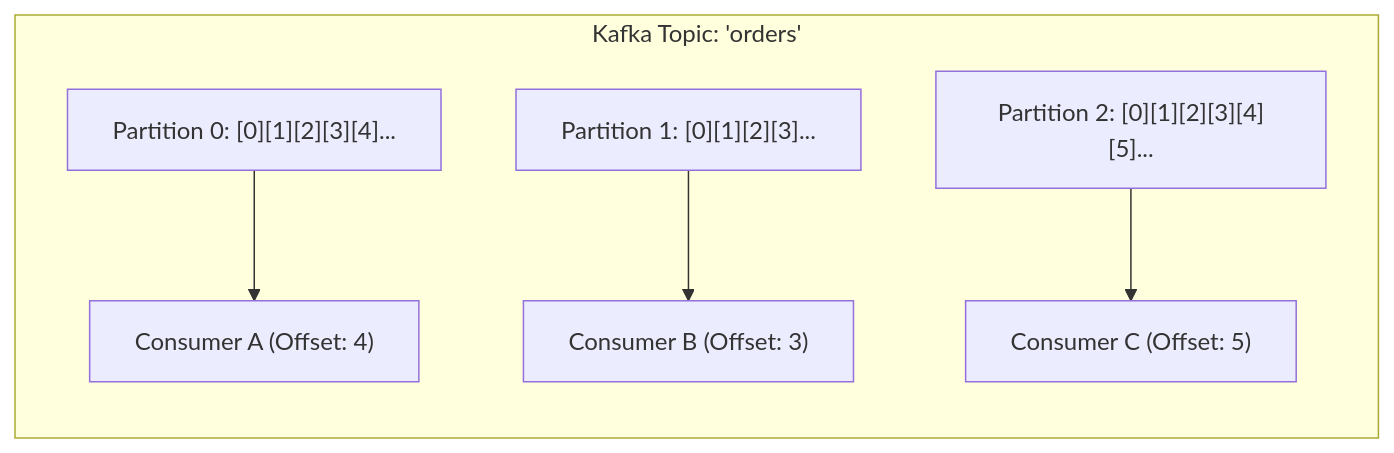
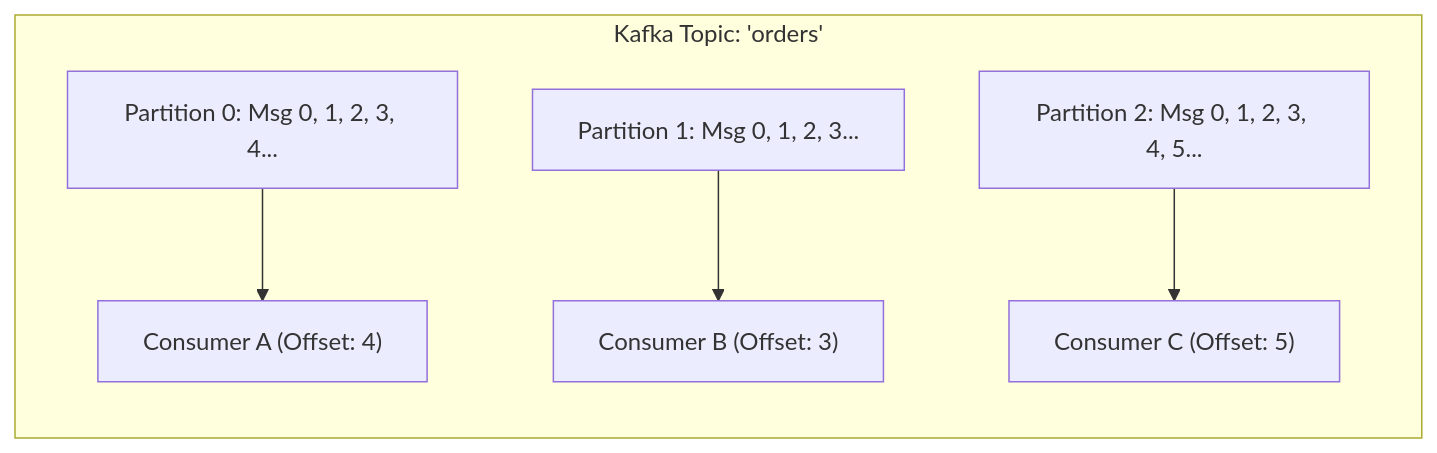
Before and after one commit to Sourav108/strivers-lld: the second of 4 diagrams in strivers-hld/08-Messaging-and-Event-Driven-Systems/README.md, drawn with Mermaid. The commit also changed 5 other files, not shown here.

Commit message:
fix(mermaid): sanitize mermaid diagram syntax, edge labels, and character encodings

````diff
--- a/strivers-hld/08-Messaging-and-Event-Driven-Systems/README.md
+++ b/strivers-hld/08-Messaging-and-Event-Driven-Systems/README.md
@@ -38,9 +38,9 @@
 ```mermaid
 flowchart LR
     subgraph Topic["Kafka Topic: 'orders'"]
         direction TB
-        P0["Partition 0: [0][1][2][3][4]..."] --> C0["Consumer A (Offset: 4)"]
-        P1["Partition 1: [0][1][2][3]..."] --> C1["Consumer B (Offset: 3)"]
-        P2["Partition 2: [0][1][2][3][4][5]..."] --> C2["Consumer C (Offset: 5)"]
+        P0["Partition 0: Msg 0, 1, 2, 3, 4..."] --> C0["Consumer A (Offset: 4)"]
+        P1["Partition 1: Msg 0, 1, 2, 3..."] --> C1["Consumer B (Offset: 3)"]
+        P2["Partition 2: Msg 0, 1, 2, 3, 4, 5..."] --> C2["Consumer C (Offset: 5)"]
     end
 ```
````
